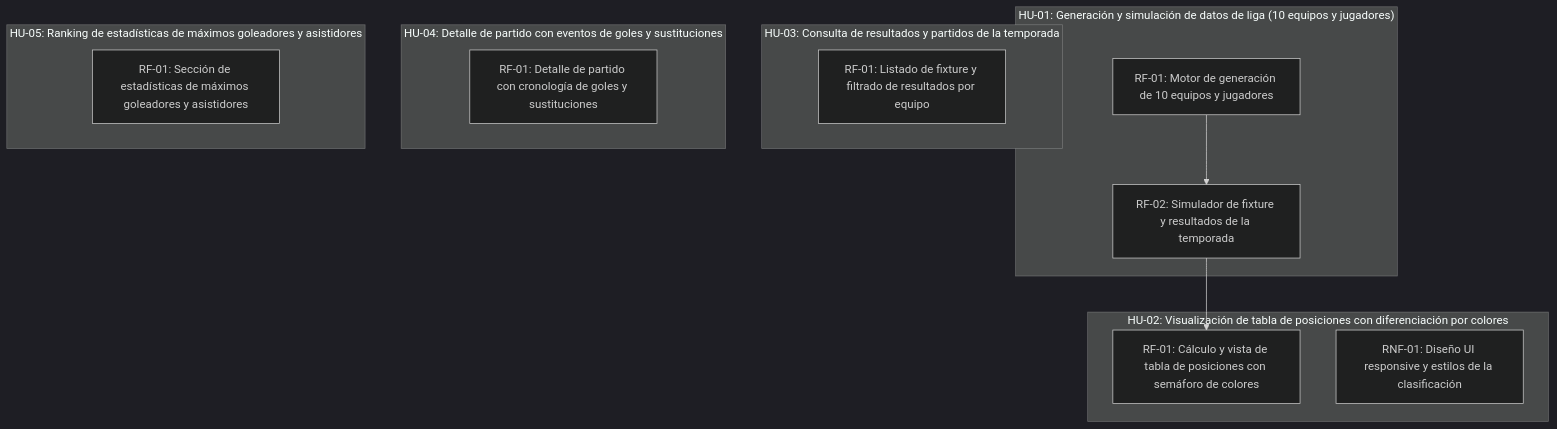
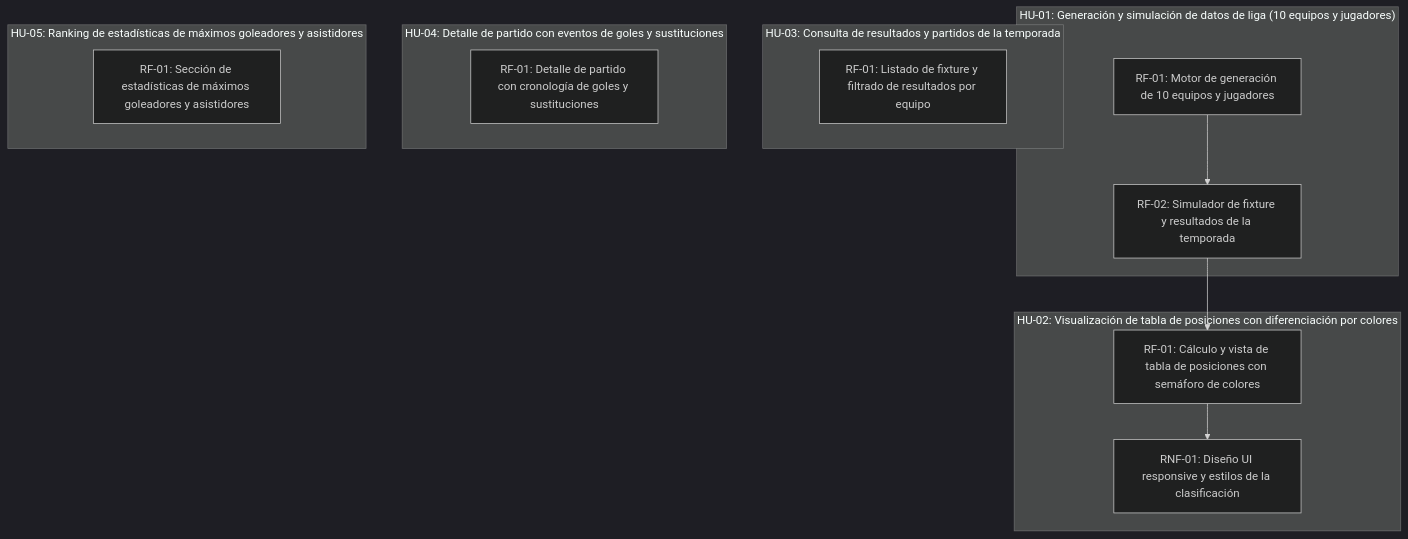
One commit to Agustin-PerezR/pruebas changed the diagram in scrumDocs/grafo.md. Above: the diagram before and after it, drawn with Mermaid (dark theme). The commit also changed other lines of this file, not shown here.

````diff
--- a/scrumDocs/grafo.md
+++ b/scrumDocs/grafo.md
@@ -5,22 +5,23 @@
 ```mermaid
 graph TD
   subgraph US_1789500774004["HU-01: Generación y simulación de datos de liga (10 equipos y jugadores)"]
     REQ_1789501307396["RF-01: Motor de generación de 10 equipos y jugadores"]
     REQ_1789501323521["RF-02: Simulador de fixture y resultados de la temporada"]
   end
   subgraph US_1789500801469["HU-02: Visualización de tabla de posiciones con diferenciación por colores"]
     REQ_1789501339015["RF-01: Cálculo y vista de tabla de posiciones con semáforo de colores"]
     REQ_1789501354292["RNF-01: Diseño UI responsive y estilos de la clasificación"]
   end
   subgraph US_1789500818362["HU-03: Consulta de resultados y partidos de la temporada"]
     REQ_1789501384835["RF-01: Listado de fixture y filtrado de resultados por equipo"]
   end
   subgraph US_1789500834077["HU-04: Detalle de partido con eventos de goles y sustituciones"]
     REQ_1789501399433["RF-01: Detalle de partido con cronología de goles y sustituciones"]
   end
   subgraph US_1789500850317["HU-05: Ranking de estadísticas de máximos goleadores y asistidores"]
     REQ_1789501414613["RF-01: Sección de estadísticas de máximos goleadores y asistidores"]
   end
   REQ_1789501307396 --> REQ_1789501323521
   REQ_1789501323521 --> REQ_1789501339015
+  REQ_1789501339015 --> REQ_1789501354292
 ```
````
